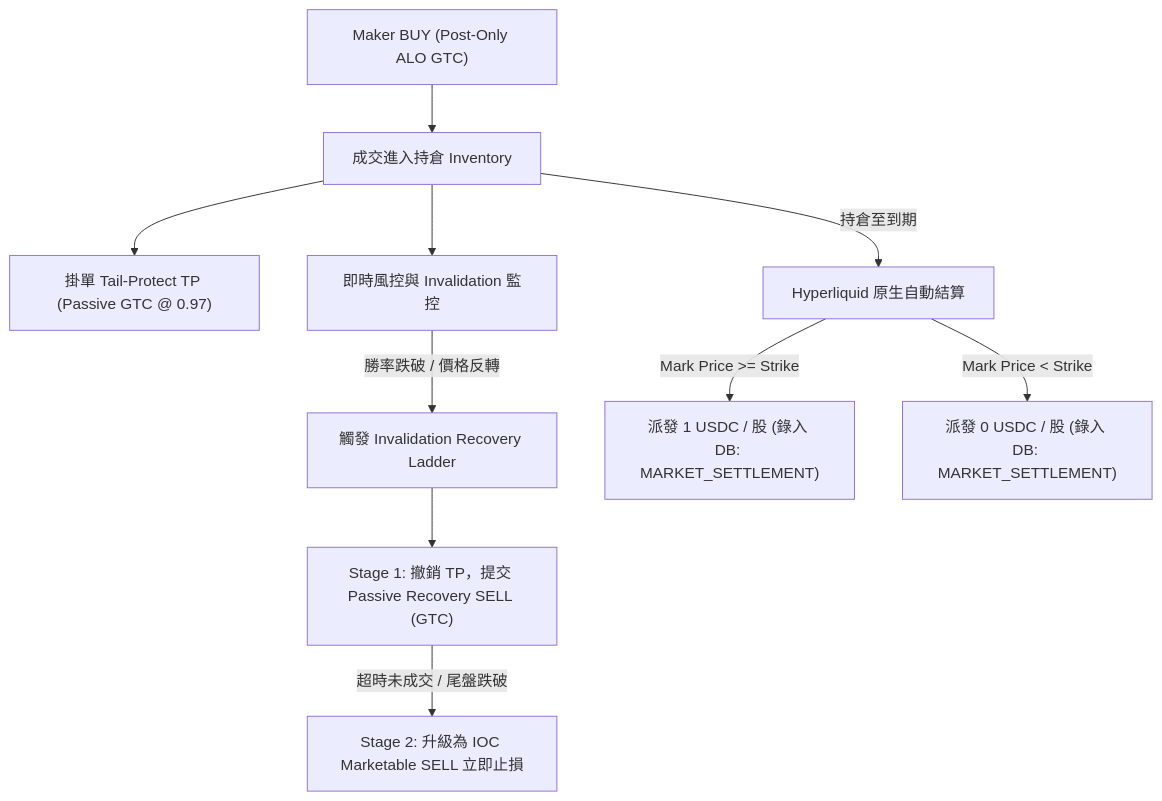
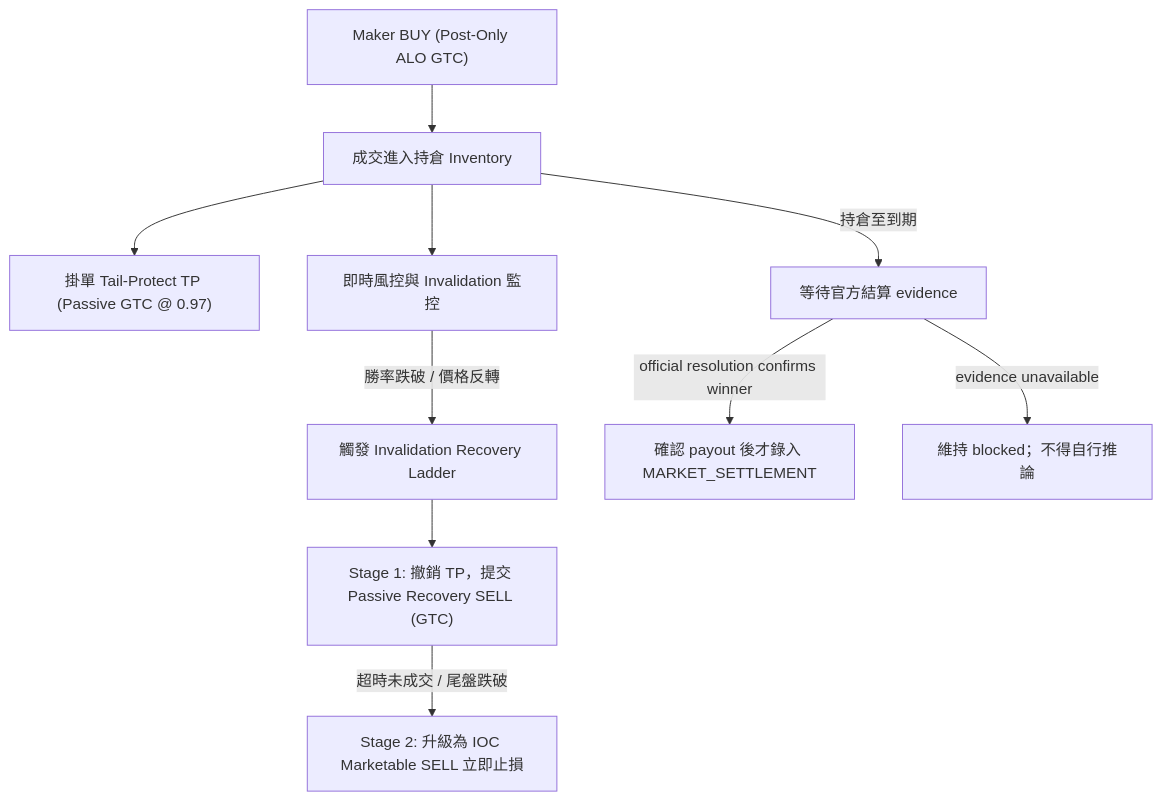
One commit to ericeric0101/outcome_prediction_bot changed the third of 3 diagrams in hyperliquid_project_overview.md. Above: the diagram before and after it, drawn with Mermaid. The commit also changed other lines of this file and 30 other files, not shown here.

````diff
--- a/hyperliquid_project_overview.md
+++ b/hyperliquid_project_overview.md
@@ -101,14 +198,14 @@
 ```mermaid
 flowchart TD
     BUY["Maker BUY (Post-Only ALO GTC)"] --> FILL["成交進入持倉 Inventory"]
     FILL --> TP["掛單 Tail-Protect TP (Passive GTC @ 0.97)"]
     FILL --> MON["即時風控與 Invalidation 監控"]
     
     MON -->|勝率跌破 / 價格反轉| INV["觸發 Invalidation Recovery Ladder"]
     INV --> STAGE1["Stage 1: 撤銷 TP，提交 Passive Recovery SELL (GTC)"]
     STAGE1 -->|超時未成交 / 尾盤跌破| STAGE2["Stage 2: 升級為 IOC Marketable SELL 立即止損"]
     
-    FILL -->|持倉至到期| SETTLE["Hyperliquid 原生自動結算"]
-    SETTLE -->|Mark Price >= Strike| WIN["派發 1 USDC / 股 (錄入 DB: MARKET_SETTLEMENT)"]
-    SETTLE -->|Mark Price < Strike| LOSS["派發 0 USDC / 股 (錄入 DB: MARKET_SETTLEMENT)"]
+    FILL -->|持倉至到期| SETTLE["等待官方結算 evidence"]
+    SETTLE -->|official resolution confirms winner| WIN["確認 payout 後才錄入 MARKET_SETTLEMENT"]
+    SETTLE -->|evidence unavailable| BLOCK["維持 blocked；不得自行推論"]
 ```
````
